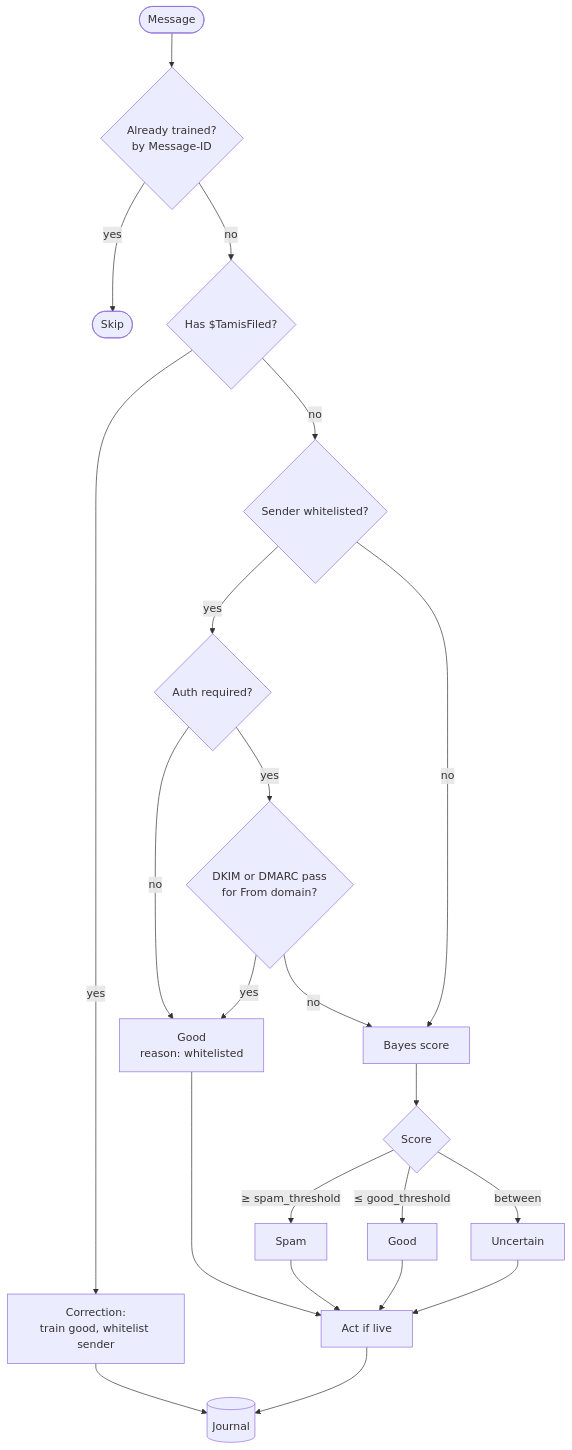
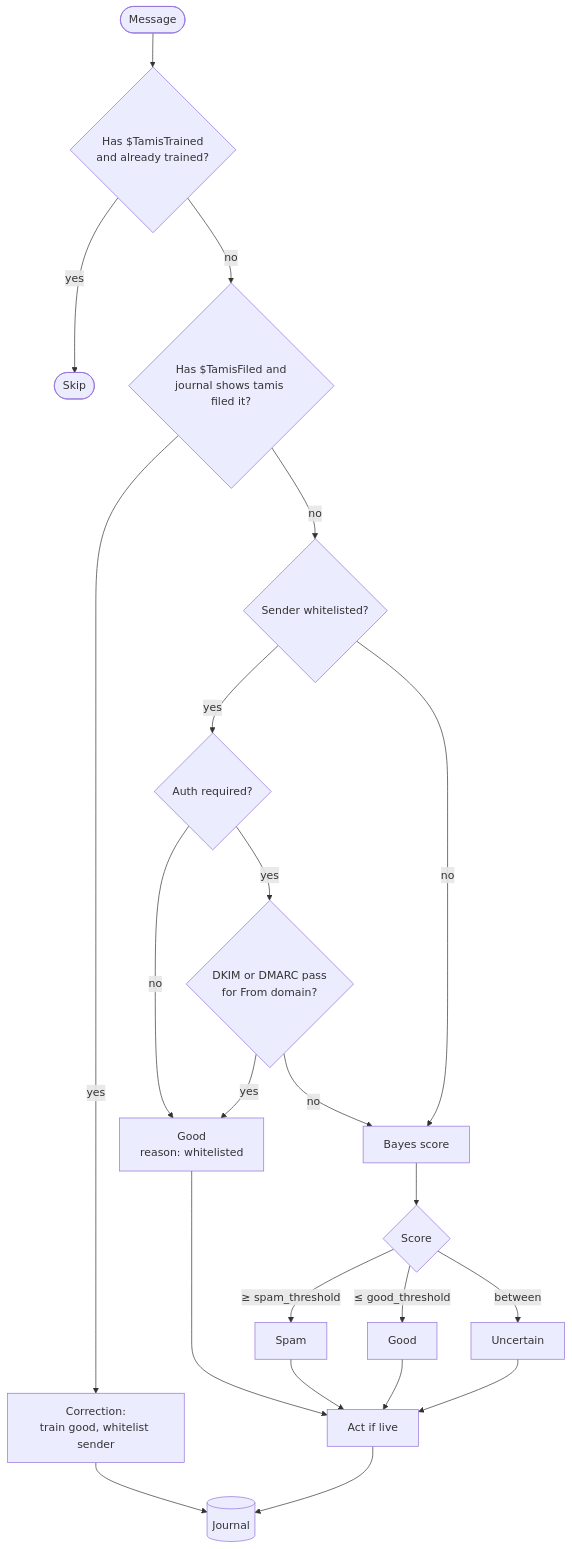
One commit to hugoh/tamis changed the fourth of 9 diagrams in docs/engine.md. Above: the diagram before and after it, drawn with Mermaid. The commit also changed other lines of this file and 10 other files, not shown here.

````diff
--- a/docs/engine.md
+++ b/docs/engine.md
@@ -97,24 +97,24 @@
 ```mermaid
 flowchart TD
-    msg([Message]) --> trained{Already trained?<br/>by Message-ID}
+    msg([Message]) --> trained{Has $TamisTrained<br/>and already trained?}
     trained -- yes --> skip([Skip])
-    trained -- no --> filed{Has $TamisFiled?}
+    trained -- no --> filed{Has $TamisFiled and<br/>journal shows tamis filed it?}
     filed -- yes --> correction[Correction:<br/>train good, whitelist sender]
     filed -- no --> listed{Sender whitelisted?}
     listed -- yes --> verified{Auth required?}
     verified -- no --> good
     verified -- yes --> passed{DKIM or DMARC pass<br/>for From domain?}
     passed -- yes --> good[Good<br/>reason: whitelisted]
     passed -- no --> bayes
     listed -- no --> bayes[Bayes score]
     bayes --> threshold{Score}
     threshold -- "≥ spam_threshold" --> spam[Spam]
     threshold -- "≤ good_threshold" --> goodBayes[Good]
     threshold -- between --> uncertain[Uncertain]
     spam --> act
     uncertain --> act
     good --> act
     goodBayes --> act
     act[Act if live] --> journal[(Journal)]
     correction --> journal
 ```
````
